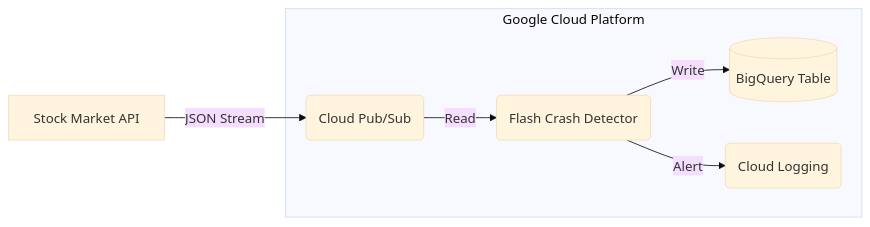
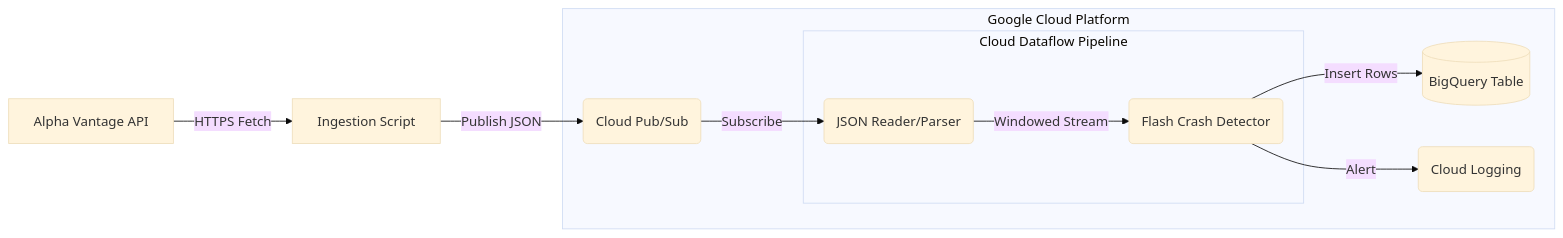
The diagram in README.md (michaelpineau89-ship-it/portfolio_terraform), drawn with Mermaid (base theme) before and after one commit.

````diff
--- a/README.md
+++ b/README.md
@@ -13,14 +13,22 @@
 ```mermaid
 graph LR
-    User[Stock Market API] -->|JSON Stream| PubSub(Cloud Pub/Sub)
-    PubSub -->|Read| Dataflow(Flash Crash Detector)
-    Dataflow -->|Write| BQ[(BigQuery Table)]
-    Dataflow -->|Alert| Logs(Cloud Logging)
+    API[Alpha Vantage API] -->|HTTPS Fetch| Producer[Ingestion Script]
+    Producer -->|Publish JSON| PubSub(Cloud Pub/Sub)
+    
+    subgraph Dataflow [Cloud Dataflow Pipeline]
+        Reader(JSON Reader/Parser)
+        Detector(Flash Crash Detector)
+    end
+    
+    PubSub -->|Subscribe| Reader
+    Reader -->|Windowed Stream| Detector
+    Detector -->|Insert Rows| BQ[(BigQuery Table)]
+    Detector -->|Alert| Logs(Cloud Logging)
     
     subgraph GCP [Google Cloud Platform]
         PubSub
         Dataflow
         BQ
         Logs
     end
 ```
````
